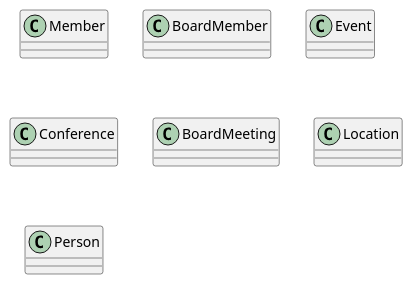
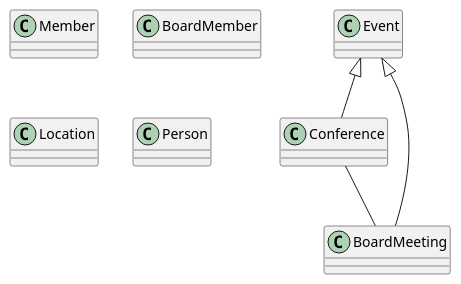
Before and after one commit to miriancp88/UMLClases: the diagram in src/DiagramaUn11MRCP.puml, drawn with PlantUML.

Commit message:
primera relacion

```diff
--- a/src/DiagramaUn11MRCP.puml
+++ b/src/DiagramaUn11MRCP.puml
@@ -1,27 +1,30 @@
 @startuml
 
 class Member{
 }
 
 class BoardMember{
 }
 
 class Event{
 }
 
 class Conference{
 }
 
 class BoardMeeting{
 }
 
 class Location{
 }
 
 class Person{
 }
 
+Event <|-- Conference
+Event <|-- BoardMeeting
+Conference -- BoardMeeting
 
 
 
 @enduml
```
